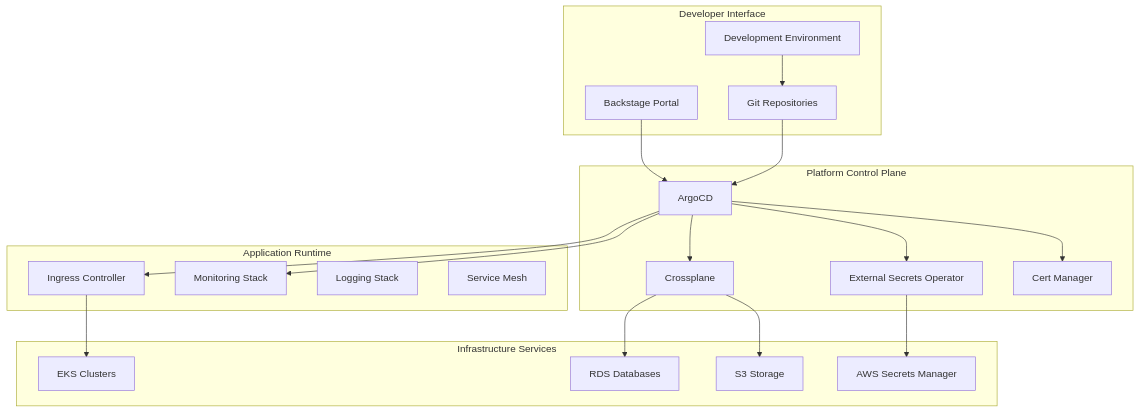
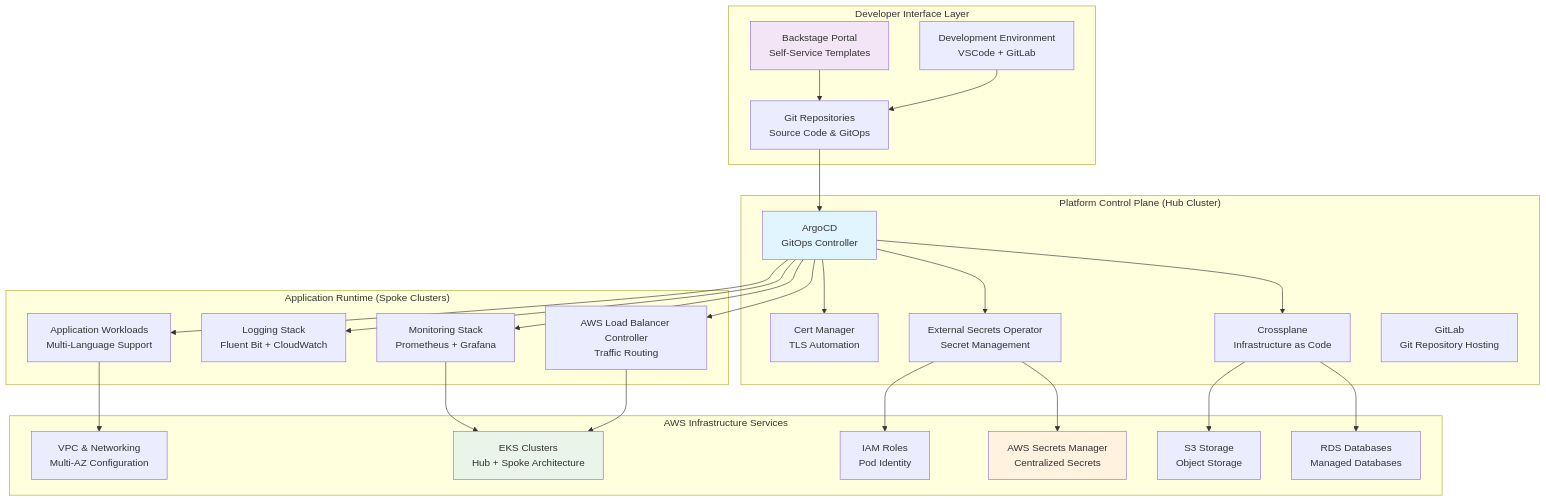
Before and after one commit to aws-samples/appmod-blueprints: the first of 12 diagrams in ARCHITECTURE.md, drawn with Mermaid. The commit also changed other lines of this file and 4 other files, not shown here.

````diff
--- a/ARCHITECTURE.md
+++ b/ARCHITECTURE.md
@@ -35,42 +105,57 @@
 ```mermaid
 graph TB
-    subgraph "Developer Interface"
-        BACKSTAGE[Backstage Portal]
-        IDE[Development Environment]
-        GIT[Git Repositories]
+    subgraph "Developer Interface Layer"
+        BACKSTAGE[Backstage Portal<br/>Self-Service Templates]
+        IDE[Development Environment<br/>VSCode + GitLab]
+        GIT[Git Repositories<br/>Source Code & GitOps]
     end
     
-    subgraph "Platform Control Plane"
-        ARGOCD[ArgoCD]
-        CROSSPLANE[Crossplane]
-        EXTERNAL_SECRETS[External Secrets Operator]
-        CERT_MANAGER[Cert Manager]
+    subgraph "Platform Control Plane (Hub Cluster)"
+        ARGOCD[ArgoCD<br/>GitOps Controller]
+        CROSSPLANE[Crossplane<br/>Infrastructure as Code]
+        ESO[External Secrets Operator<br/>Secret Management]
+        CERT_MGR[Cert Manager<br/>TLS Automation]
+        GITLAB[GitLab<br/>Git Repository Hosting]
     end
     
-    subgraph "Application Runtime"
-        INGRESS[Ingress Controller]
-        MONITORING[Monitoring Stack]
-        LOGGING[Logging Stack]
-        SERVICE_MESH[Service Mesh]
+    subgraph "Application Runtime (Spoke Clusters)"
+        INGRESS[AWS Load Balancer Controller<br/>Traffic Routing]
+        MONITORING[Monitoring Stack<br/>Prometheus + Grafana]
+        LOGGING[Logging Stack<br/>Fluent Bit + CloudWatch]
+        WORKLOADS[Application Workloads<br/>Multi-Language Support]
     end
     
-    subgraph "Infrastructure Services"
-        EKS[EKS Clusters]
-        RDS[RDS Databases]
-        S3[S3 Storage]
-        SECRETS[AWS Secrets Manager]
+    subgraph "AWS Infrastructure Services"
+        EKS[EKS Clusters<br/>Hub + Spoke Architecture]
+        VPC[VPC & Networking<br/>Multi-AZ Configuration]
+        SECRETS[AWS Secrets Manager<br/>Centralized Secrets]
+        RDS[RDS Databases<br/>Managed Databases]
+        S3[S3 Storage<br/>Object Storage]
+        IAM[IAM Roles<br/>Pod Identity]
     end
     
-    BACKSTAGE --> ARGOCD
+    BACKSTAGE --> GIT
     IDE --> GIT
     GIT --> ARGOCD
     ARGOCD --> CROSSPLANE
-    ARGOCD --> EXTERNAL_SECRETS
-    ARGOCD --> CERT_MANAGER
+    ARGOCD --> ESO
+    ARGOCD --> CERT_MGR
     ARGOCD --> INGRESS
     ARGOCD --> MONITORING
+    ARGOCD --> LOGGING
+    ARGOCD --> WORKLOADS
+    
     CROSSPLANE --> RDS
     CROSSPLANE --> S3
-    EXTERNAL_SECRETS --> SECRETS
+    ESO --> SECRETS
+    ESO --> IAM
+    
     INGRESS --> EKS
+    MONITORING --> EKS
+    WORKLOADS --> VPC
+    
+    style ARGOCD fill:#e1f5fe
+    style BACKSTAGE fill:#f3e5f5
+    style EKS fill:#e8f5e8
+    style SECRETS fill:#fff3e0
 ```
````
